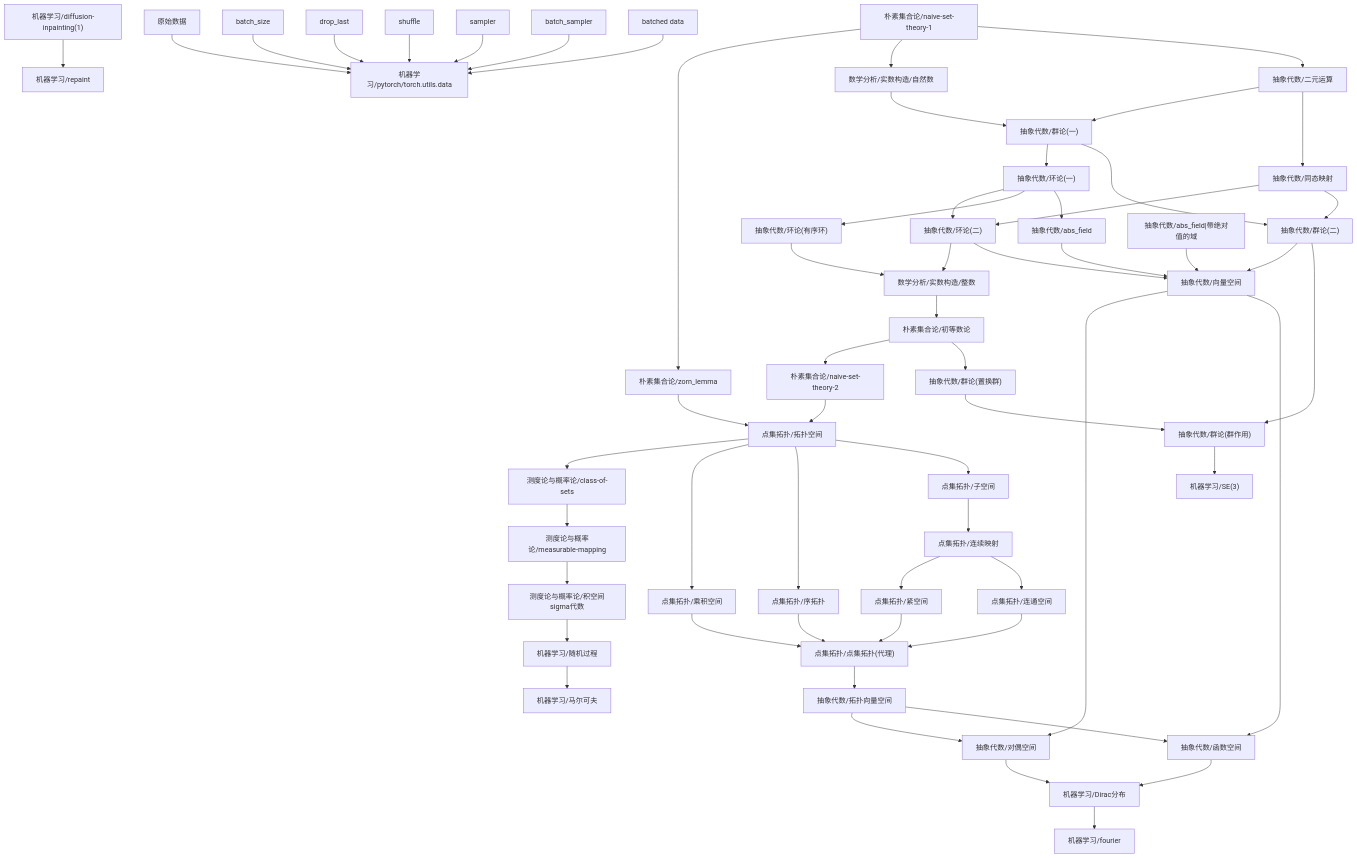
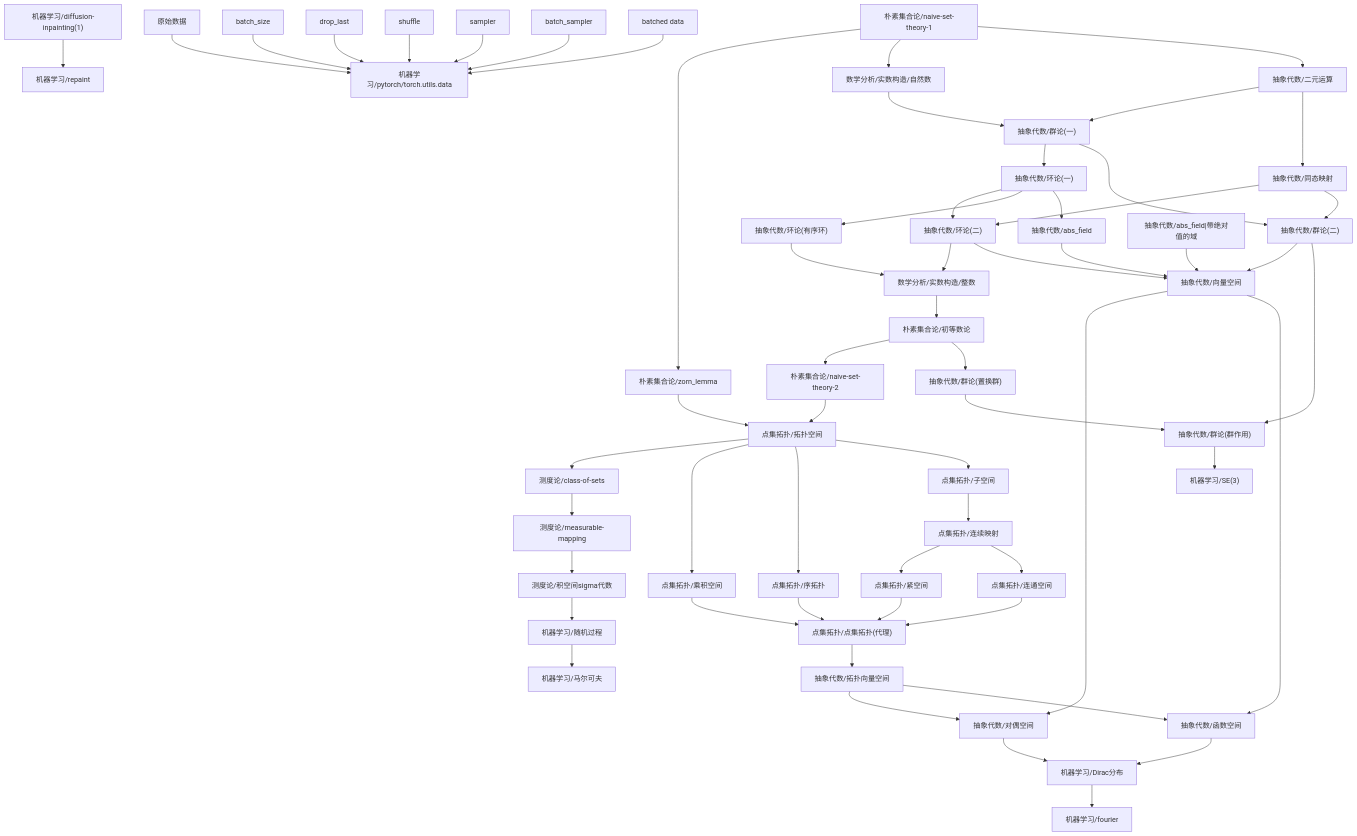
The diagram in content/机器学习/dependency_graph.md (zengls3186428803/zengls3186428803.github.io), drawn with Mermaid before and after one commit. The commit also changed 30 other files, not shown here.

````diff
--- a/content/机器学习/dependency_graph.md
+++ b/content/机器学习/dependency_graph.md
@@ -1,61 +1,61 @@
 ```mermaid
 graph TD
 1["机器学习/diffusion-inpainting(1)"] --> 0["机器学习/repaint"]
 3["抽象代数/群论(群作用)"] --> 2["机器学习/SE(3)"]
 5["机器学习/Dirac分布"] --> 4["机器学习/fourier"]
 8["机器学习/随机过程"] --> 7["机器学习/马尔可夫"]
 9["抽象代数/对偶空间"] --> 5["机器学习/Dirac分布"]
 10["抽象代数/函数空间"] --> 5["机器学习/Dirac分布"]
-11["测度论与概率论/积空间sigma代数"] --> 8["机器学习/随机过程"]
+11["测度论/积空间sigma代数"] --> 8["机器学习/随机过程"]
 13["原始数据"] --> 12["机器学习/pytorch/torch.utils.data"]
 14["batch_size"] --> 12["机器学习/pytorch/torch.utils.data"]
 15["drop_last"] --> 12["机器学习/pytorch/torch.utils.data"]
 16["shuffle"] --> 12["机器学习/pytorch/torch.utils.data"]
 17["sampler"] --> 12["机器学习/pytorch/torch.utils.data"]
 18["batch_sampler"] --> 12["机器学习/pytorch/torch.utils.data"]
 19["batched data"] --> 12["机器学习/pytorch/torch.utils.data"]
-20["测度论与概率论/measurable-mapping"] --> 11["测度论与概率论/积空间sigma代数"]
-21["测度论与概率论/class-of-sets"] --> 20["测度论与概率论/measurable-mapping"]
-22["点集拓扑/拓扑空间"] --> 21["测度论与概率论/class-of-sets"]
+20["测度论/measurable-mapping"] --> 11["测度论/积空间sigma代数"]
+21["测度论/class-of-sets"] --> 20["测度论/measurable-mapping"]
+22["点集拓扑/拓扑空间"] --> 21["测度论/class-of-sets"]
 23["朴素集合论/naive-set-theory-2"] --> 22["点集拓扑/拓扑空间"]
 24["朴素集合论/zorn_lemma"] --> 22["点集拓扑/拓扑空间"]
 25["朴素集合论/初等数论"] --> 23["朴素集合论/naive-set-theory-2"]
 26["朴素集合论/naive-set-theory-1"] --> 24["朴素集合论/zorn_lemma"]
 27["数学分析/实数构造/整数"] --> 25["朴素集合论/初等数论"]
 28["抽象代数/环论(二)"] --> 27["数学分析/实数构造/整数"]
 29["抽象代数/环论(有序环)"] --> 27["数学分析/实数构造/整数"]
 30["抽象代数/环论(一)"] --> 28["抽象代数/环论(二)"]
 31["抽象代数/同态映射"] --> 28["抽象代数/环论(二)"]
 30["抽象代数/环论(一)"] --> 29["抽象代数/环论(有序环)"]
 32["抽象代数/群论(一)"] --> 30["抽象代数/环论(一)"]
 33["数学分析/实数构造/自然数"] --> 32["抽象代数/群论(一)"]
 34["抽象代数/二元运算"] --> 32["抽象代数/群论(一)"]
 26["朴素集合论/naive-set-theory-1"] --> 33["数学分析/实数构造/自然数"]
 26["朴素集合论/naive-set-theory-1"] --> 34["抽象代数/二元运算"]
 34["抽象代数/二元运算"] --> 31["抽象代数/同态映射"]
 35["抽象代数/向量空间"] --> 9["抽象代数/对偶空间"]
 36["抽象代数/拓扑向量空间"] --> 9["抽象代数/对偶空间"]
 35["抽象代数/向量空间"] --> 10["抽象代数/函数空间"]
 36["抽象代数/拓扑向量空间"] --> 10["抽象代数/函数空间"]
 37["抽象代数/群论(二)"] --> 35["抽象代数/向量空间"]
 28["抽象代数/环论(二)"] --> 35["抽象代数/向量空间"]
 38["抽象代数/abs_field"] --> 35["抽象代数/向量空间"]
 39["抽象代数/abs_field|带绝对值的域"] --> 35["抽象代数/向量空间"]
 40["点集拓扑/点集拓扑(代理)"] --> 36["抽象代数/拓扑向量空间"]
 41["点集拓扑/紧空间"] --> 40["点集拓扑/点集拓扑(代理)"]
 42["点集拓扑/连通空间"] --> 40["点集拓扑/点集拓扑(代理)"]
 43["点集拓扑/乘积空间"] --> 40["点集拓扑/点集拓扑(代理)"]
 44["点集拓扑/序拓扑"] --> 40["点集拓扑/点集拓扑(代理)"]
 45["点集拓扑/连续映射"] --> 41["点集拓扑/紧空间"]
 45["点集拓扑/连续映射"] --> 42["点集拓扑/连通空间"]
 22["点集拓扑/拓扑空间"] --> 43["点集拓扑/乘积空间"]
 22["点集拓扑/拓扑空间"] --> 44["点集拓扑/序拓扑"]
 46["点集拓扑/子空间"] --> 45["点集拓扑/连续映射"]
 22["点集拓扑/拓扑空间"] --> 46["点集拓扑/子空间"]
 32["抽象代数/群论(一)"] --> 37["抽象代数/群论(二)"]
 31["抽象代数/同态映射"] --> 37["抽象代数/群论(二)"]
 30["抽象代数/环论(一)"] --> 38["抽象代数/abs_field"]
 37["抽象代数/群论(二)"] --> 3["抽象代数/群论(群作用)"]
 47["抽象代数/群论(置换群)"] --> 3["抽象代数/群论(群作用)"]
 25["朴素集合论/初等数论"] --> 47["抽象代数/群论(置换群)"]
 ```
````
